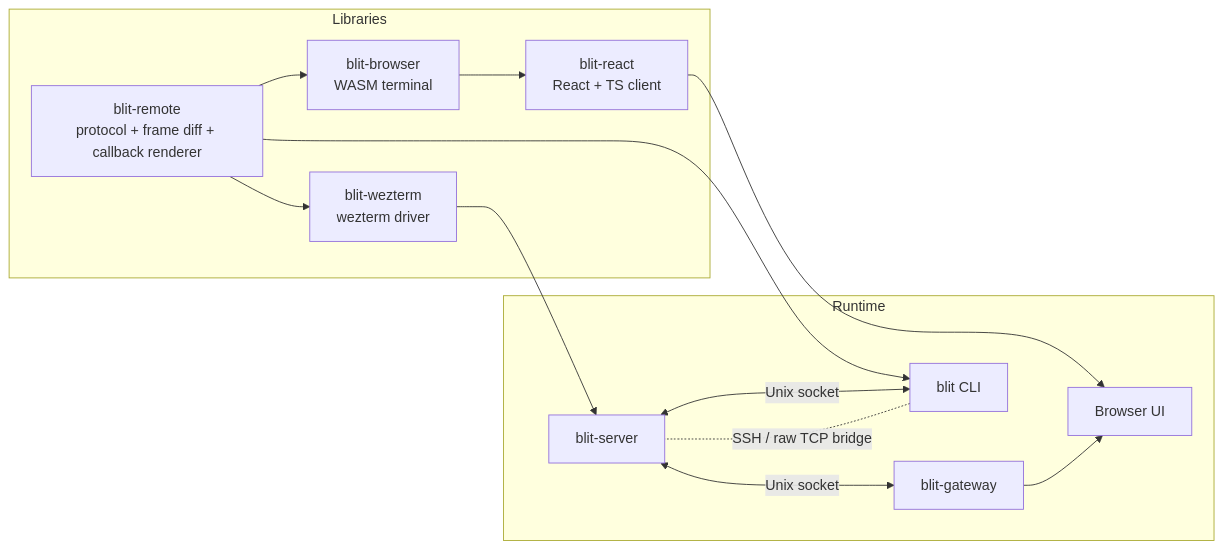
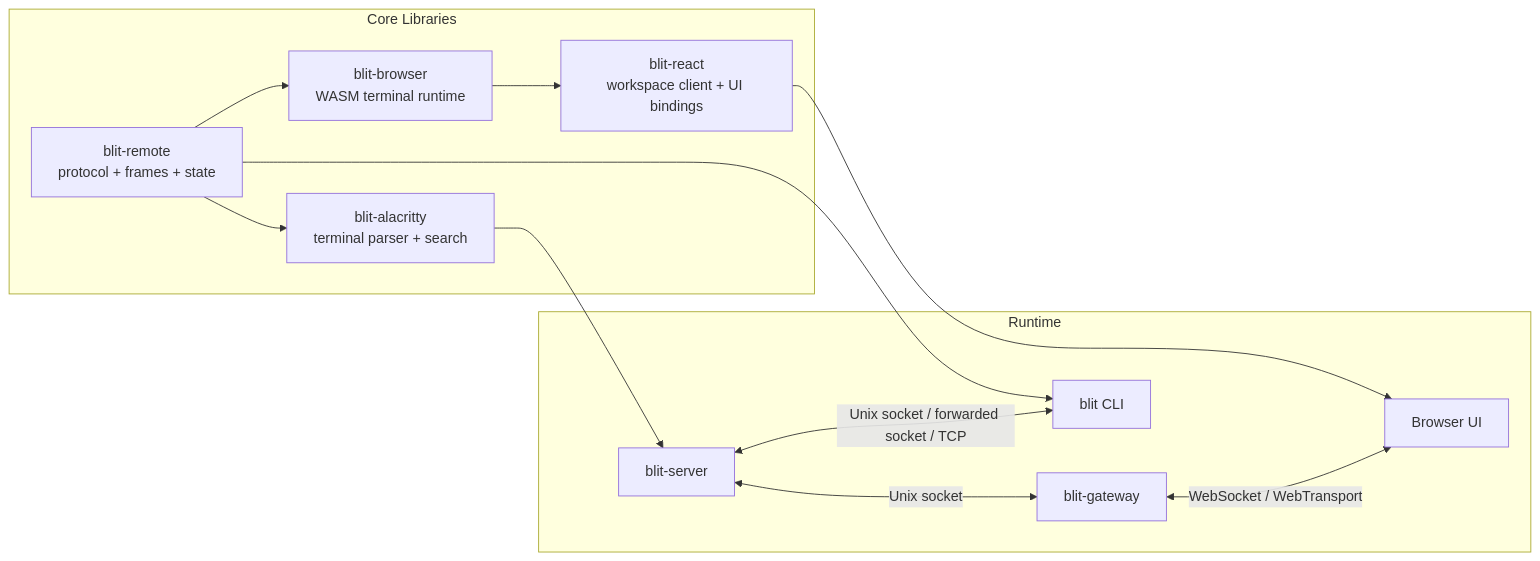
Before and after one commit to indent-com/blit: the diagram in README.md, drawn with Mermaid. The commit also changed other lines of this file and 73 other files, not shown here.

First line of the commit message:
blit 0.9.0: client refactor around workspaces and polish terminal UX

````diff
--- a/README.md
+++ b/README.md
@@ -68,27 +100,26 @@
 ```mermaid
 graph LR
-    subgraph Libraries
-        R["blit-remote<br/>protocol + frame diff + callback renderer"]
-        WZ["blit-wezterm<br/>wezterm driver"]
-        BR["blit-browser<br/>WASM terminal"]
-        RE["blit-react<br/>React + TS client"]
+    subgraph Core Libraries
+        R["blit-remote<br/>protocol + frames + state"]
+        A["blit-alacritty<br/>terminal parser + search"]
+        B["blit-browser<br/>WASM terminal runtime"]
+        RE["blit-react<br/>workspace client + UI bindings"]
     end
 
     subgraph Runtime
         S["blit-server"]
         G["blit-gateway"]
         C["blit CLI"]
-        B["Browser UI"]
+        W["Browser UI"]
     end
 
-    WZ --> S
-    R --> WZ
+    A --> S
+    R --> A
     R --> C
-    R --> BR
-    BR --> RE
-    RE --> B
-    G --> B
+    R --> B
+    B --> RE
+    RE --> W
     S <-->|Unix socket| G
-    S <-->|Unix socket| C
-    C -. SSH / raw TCP bridge .- S
+    S <-->|Unix socket / forwarded socket / TCP| C
+    G <-->|WebSocket / WebTransport| W
 ```
````
